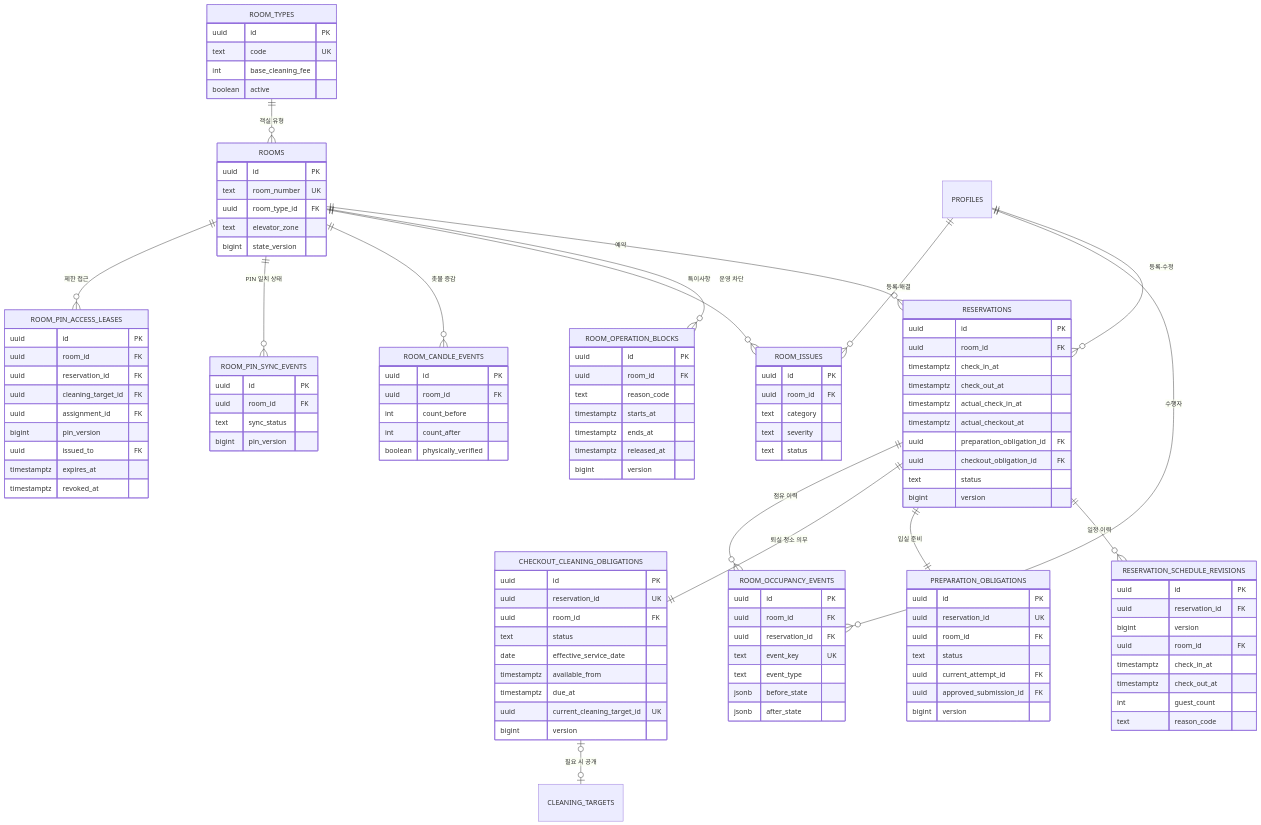
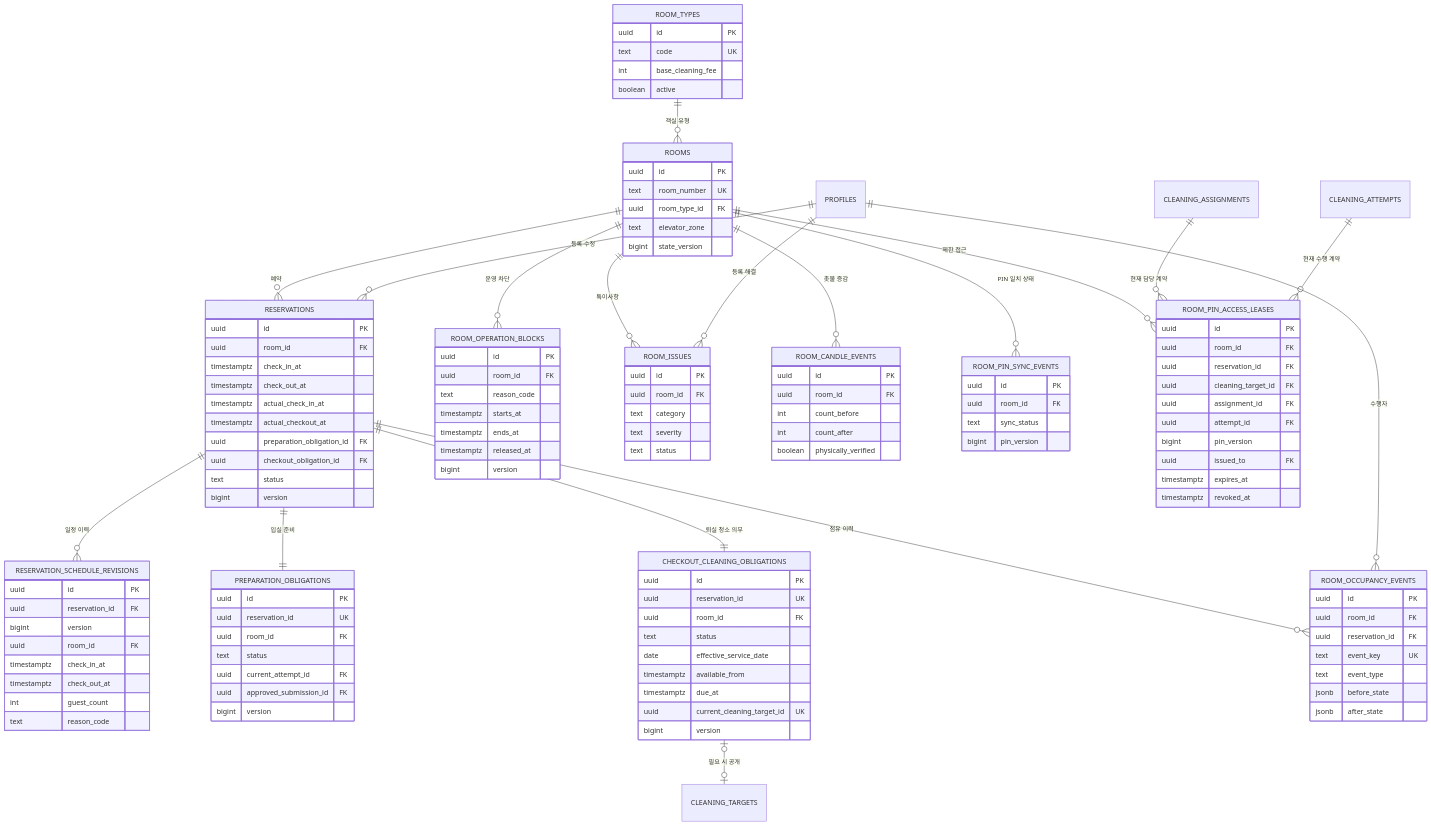
One commit to wrongstory/room-management-system-backend changed the third of 5 diagrams in docs/ERD.md. Above: the diagram before and after it, drawn with Mermaid. The commit also changed other lines of this file and 20 other files, not shown here.

```diff
--- a/docs/ERD.md
+++ b/docs/ERD.md
@@ -112,6 +112,8 @@
   ROOMS ||--o{ ROOM_CANDLE_EVENTS : "촛불 증감"
   ROOMS ||--o{ ROOM_PIN_SYNC_EVENTS : "PIN 일치 상태"
   ROOMS ||--o{ ROOM_PIN_ACCESS_LEASES : "제한 접근"
+  CLEANING_ASSIGNMENTS ||--o{ ROOM_PIN_ACCESS_LEASES : "현재 담당 계약"
+  CLEANING_ATTEMPTS ||--o{ ROOM_PIN_ACCESS_LEASES : "현재 수행 계약"
   PROFILES ||--o{ RESERVATIONS : "등록·수정"
   PROFILES ||--o{ ROOM_OCCUPANCY_EVENTS : "수행자"
   PROFILES ||--o{ ROOM_ISSUES : "등록·해결"
@@ -215,6 +217,7 @@
     uuid reservation_id FK
     uuid cleaning_target_id FK
     uuid assignment_id FK
+    uuid attempt_id FK
     bigint pin_version
     uuid issued_to FK
     timestamptz expires_at
```
